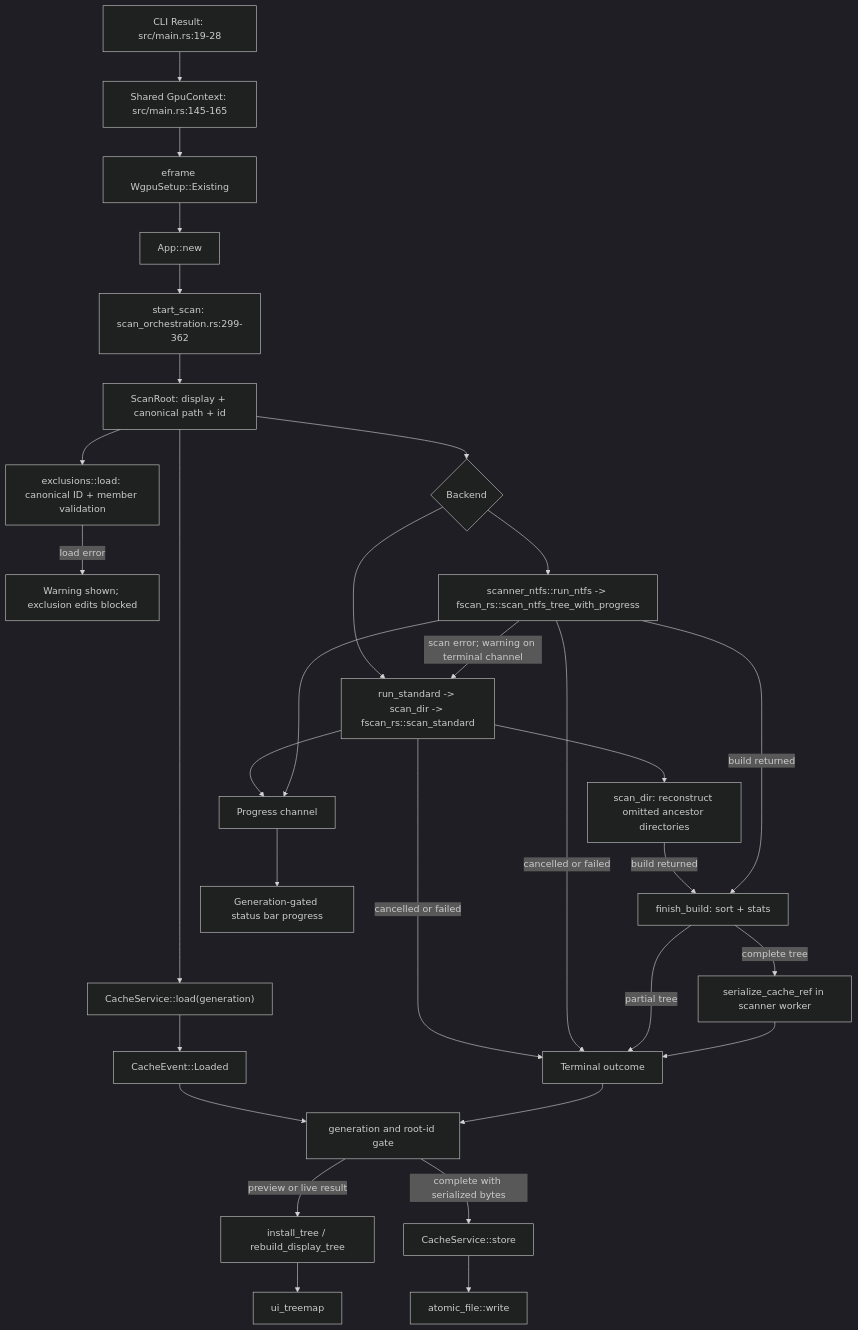
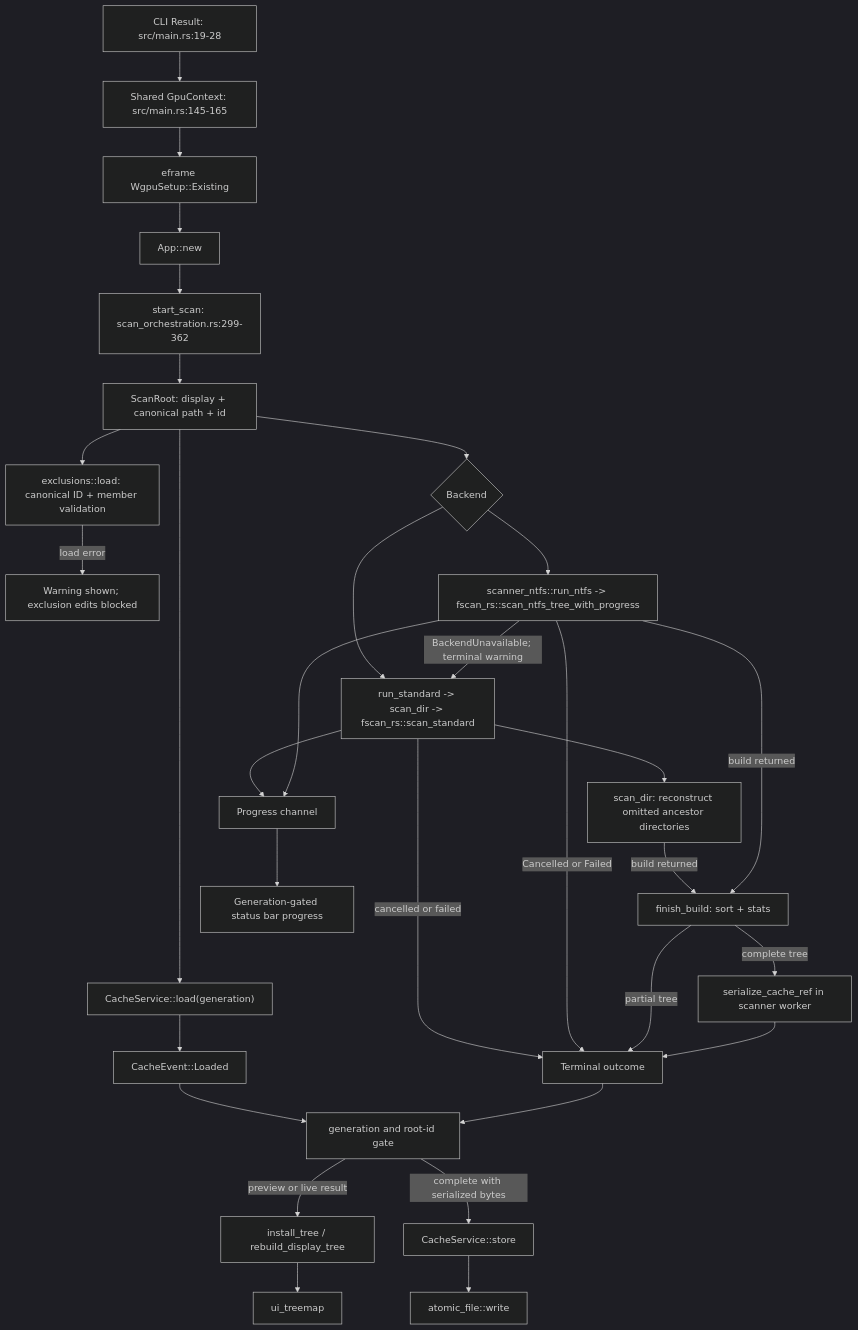
Before and after one commit to ssoj13/squarebob-rs: the first of 8 diagrams in DIAGRAMS.md, drawn with Mermaid (dark theme). The commit also changed other lines of this file and 8 other files, not shown here.

Commit message:
Preserve NTFS scan outcomes and lock resolution [skip ci]

````diff
--- a/DIAGRAMS.md
+++ b/DIAGRAMS.md
@@ -7,33 +7,33 @@
 ```mermaid
 flowchart TD
     CLI["CLI Result: src/main.rs:19-28"] --> GPU["Shared GpuContext: src/main.rs:145-165"]
     GPU --> Eframe["eframe WgpuSetup::Existing"]
     Eframe --> App["App::new"]
     App --> Start["start_scan: scan_orchestration.rs:299-362"]
     Start --> Root["ScanRoot: display + canonical path + id"]
     Root --> Exclusions["exclusions::load: canonical ID + member validation"]
     Exclusions -->|load error| Warning["Warning shown; exclusion edits blocked"]
     Root --> CacheCmd["CacheService::load(generation)"]
     Root --> Select{"Backend"}
     Select --> Standard["run_standard -> scan_dir -> fscan_rs::scan_standard"]
     Select --> NTFS["scanner_ntfs::run_ntfs -> fscan_rs::scan_ntfs_tree_with_progress"]
-    NTFS -->|scan error; warning on terminal channel| Standard
+    NTFS -->|BackendUnavailable; terminal warning| Standard
     Standard --> Ancestors["scan_dir: reconstruct omitted ancestor directories"]
     Ancestors -->|build returned| Build["finish_build: sort + stats"]
     NTFS -->|build returned| Build
     Standard -->|cancelled or failed| Terminal["Terminal outcome"]
-    NTFS -->|cancelled or failed| Terminal
+    NTFS -->|Cancelled or Failed| Terminal
     Build -->|complete tree| Serialize["serialize_cache_ref in scanner worker"]
     Build -->|partial tree| Terminal
     Serialize --> Terminal
     Standard --> Progress["Progress channel"]
     NTFS --> Progress
     CacheCmd --> CacheEvent["CacheEvent::Loaded"]
     CacheEvent --> Gate["generation and root-id gate"]
     Progress --> UIStatus["Generation-gated status bar progress"]
     Terminal --> Gate
     Gate -->|preview or live result| Install["install_tree / rebuild_display_tree"]
     Gate -->|complete with serialized bytes| Store["CacheService::store"]
     Store --> Atomic["atomic_file::write"]
     Install --> UI["ui_treemap"]
 ```
````
